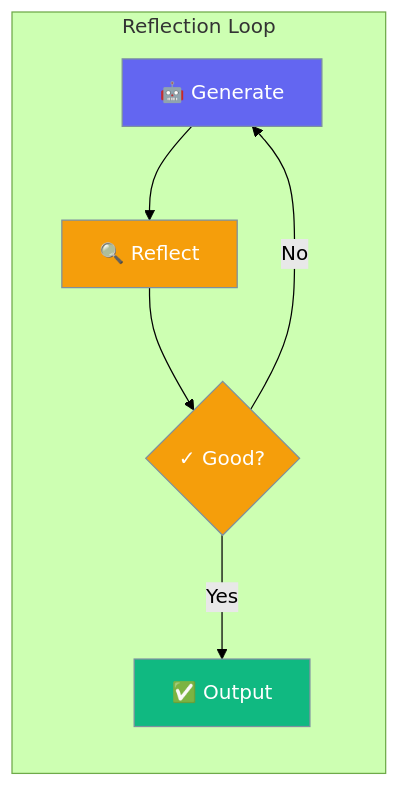
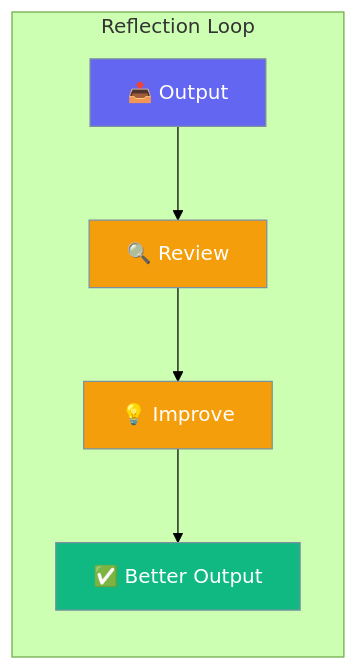
The first of 2 diagrams in docs/rust/reflection.mdx (MervinPraison/PraisonAIDocs), drawn with Mermaid (forest theme) before and after one commit. The commit also changed other lines of this file and 87 other files, not shown here.

````diff
--- a/docs/rust/reflection.mdx
+++ b/docs/rust/reflection.mdx
@@ -10,17 +10,16 @@
 ```mermaid
 graph LR
     subgraph "Reflection Loop"
-        A[🤖 Generate] --> R[🔍 Reflect]
-        R --> C{✓ Good?}
-        C -->|No| A
-        C -->|Yes| O[✅ Output]
+        O[📤 Output] --> R[🔍 Review]
+        R --> I[💡 Improve]
+        I --> O2[✅ Better Output]
     end
     
-    classDef gen fill:#6366F1,stroke:#7C90A0,color:#fff
-    classDef reflect fill:#F59E0B,stroke:#7C90A0,color:#fff
-    classDef output fill:#10B981,stroke:#7C90A0,color:#fff
+    classDef output fill:#6366F1,stroke:#7C90A0,color:#fff
+    classDef review fill:#F59E0B,stroke:#7C90A0,color:#fff
+    classDef result fill:#10B981,stroke:#7C90A0,color:#fff
     
-    class A gen
-    class R,C reflect
     class O output
+    class R,I review
+    class O2 result
 ```
````
